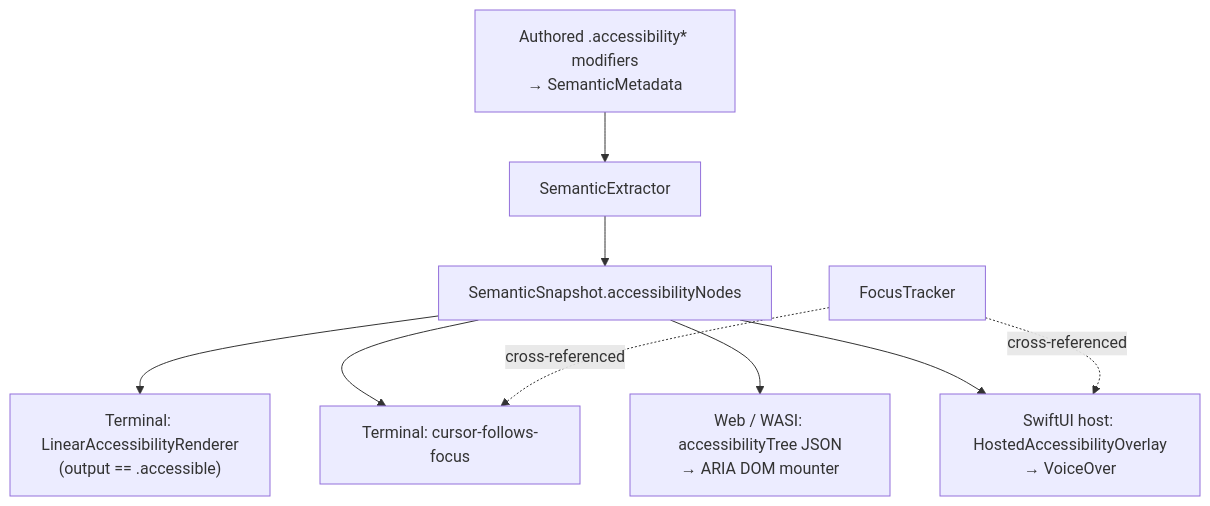
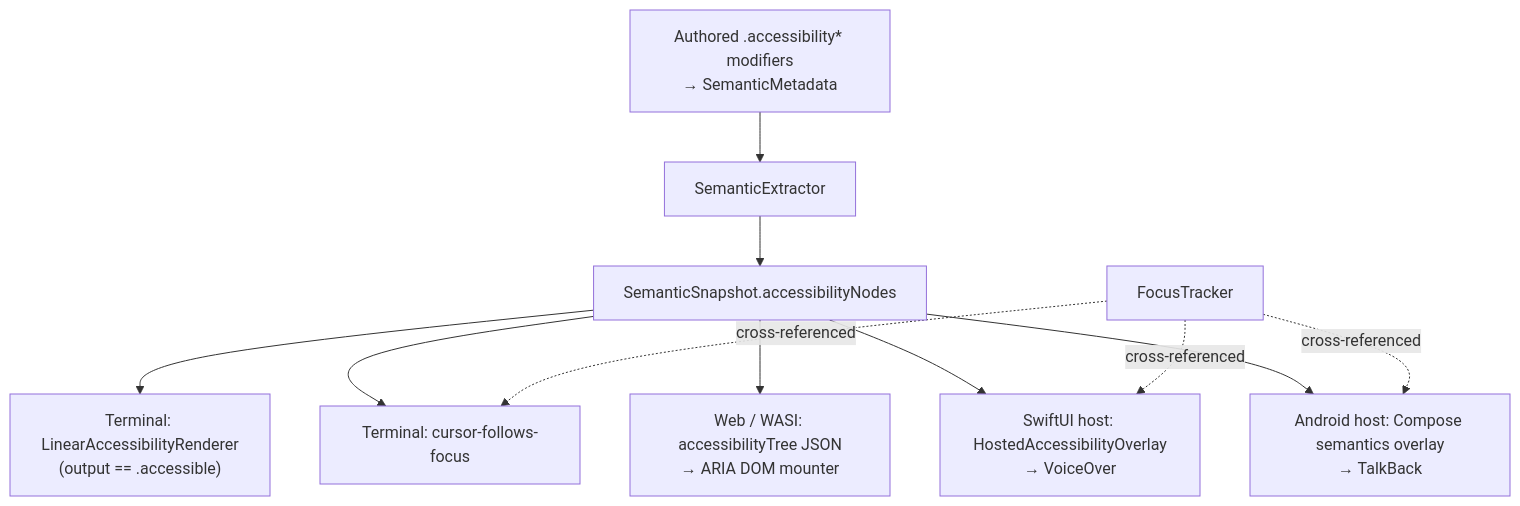
Before and after one commit to SwiftTUI/swift-tui: the first of 2 diagrams in docs/ACCESSIBILITY.md, drawn with Mermaid. The commit also changed other lines of this file and 9 other files, not shown here.

Commit message:
Bring Android host frame closer to native parity

````diff
--- a/docs/ACCESSIBILITY.md
+++ b/docs/ACCESSIBILITY.md
@@ -37,15 +37,17 @@
 ```mermaid
 flowchart TD
     meta["Authored .accessibility* modifiers<br/>→ SemanticMetadata"]
     extract["SemanticExtractor"]
     snap["SemanticSnapshot.accessibilityNodes"]
     meta --> extract --> snap
 
     snap --> cli["Terminal: LinearAccessibilityRenderer<br/>(output == .accessible)"]
     snap --> cursor["Terminal: cursor-follows-focus"]
     snap --> web["Web / WASI: accessibilityTree JSON<br/>→ ARIA DOM mounter"]
     snap --> swiftui["SwiftUI host: HostedAccessibilityOverlay<br/>→ VoiceOver"]
+    snap --> android["Android host: Compose semantics overlay<br/>→ TalkBack"]
 
     focus["FocusTracker"] -.cross-referenced.-> cursor
     focus -.cross-referenced.-> swiftui
+    focus -.cross-referenced.-> android
 ```
````
